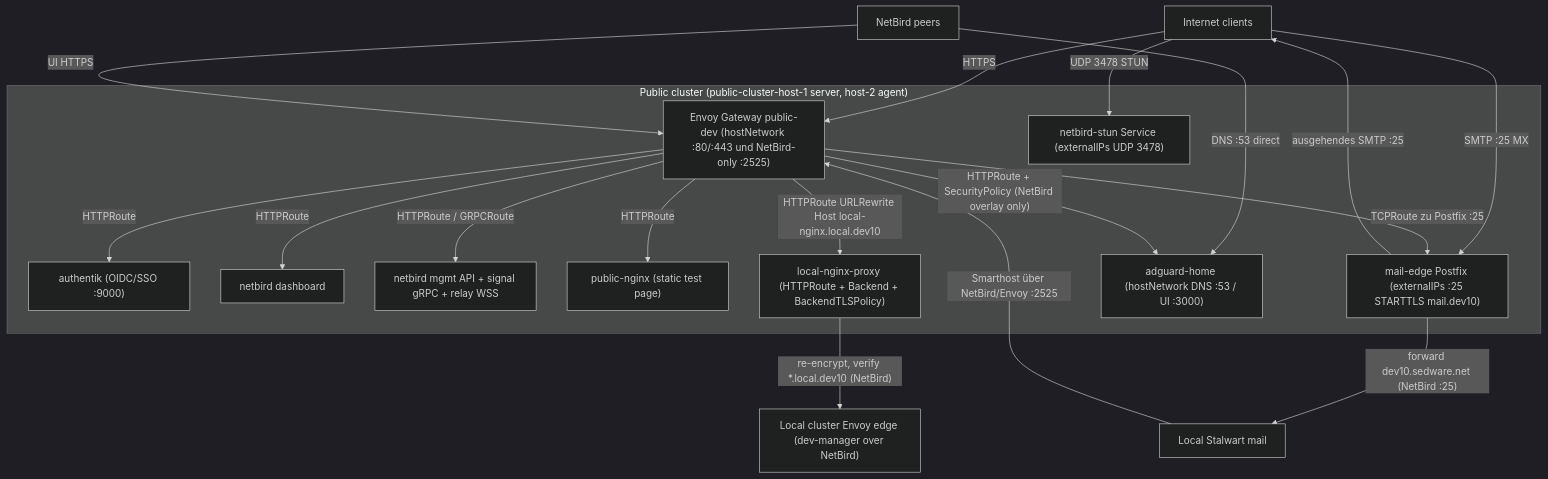
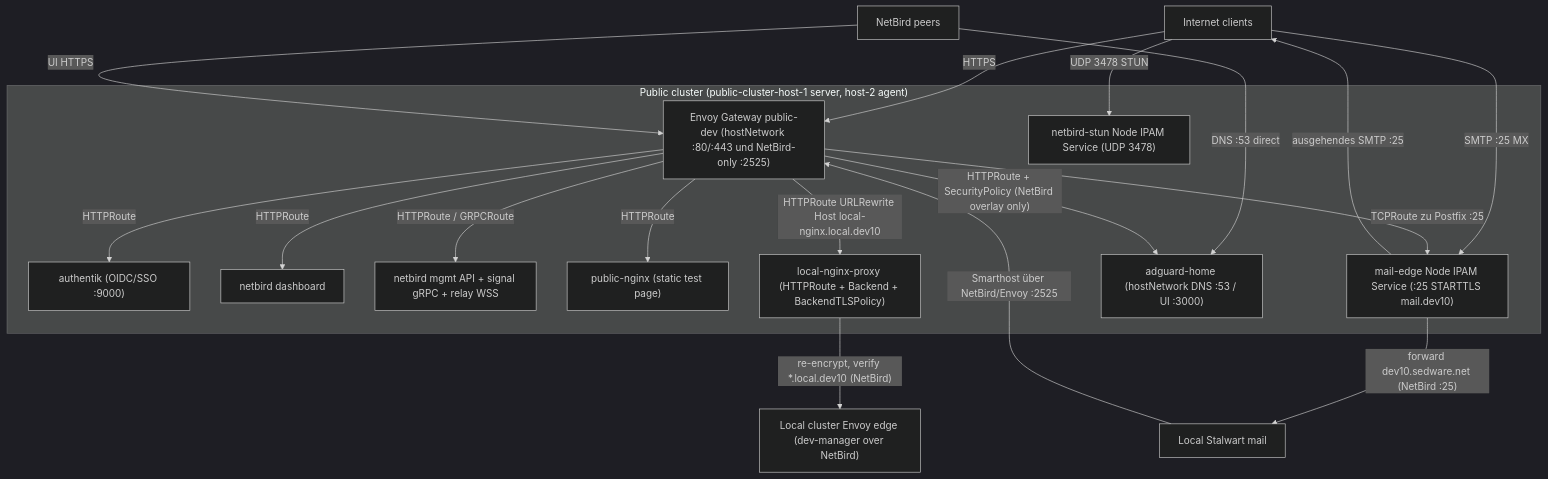
Before and after one commit to rowBeeX/public-cluster-kubernetes: the diagram in docs/architecture.md, drawn with Mermaid (dark theme). The commit also changed other lines of this file and 21 other files, not shown here.

````diff
--- a/docs/architecture.md
+++ b/docs/architecture.md
@@ -44,38 +44,38 @@
 ```mermaid
 flowchart TB
   internet["Internet clients"]
   nbpeers["NetBird peers"]
   localedge["Local cluster Envoy edge (dev-manager over NetBird)"]
   stalwart["Local Stalwart mail"]
 
   subgraph public["Public cluster (public-cluster-host-1 server, host-2 agent)"]
     envoy["Envoy Gateway public-dev (hostNetwork :80/:443 und NetBird-only :2525)"]
     authentik["authentik (OIDC/SSO :9000)"]
     nbdash["netbird dashboard"]
     nbmgmt["netbird mgmt API + signal gRPC + relay WSS"]
     pubnginx["public-nginx (static test page)"]
     lnproxy["local-nginx-proxy (HTTPRoute + Backend + BackendTLSPolicy)"]
-    stunsvc["netbird-stun Service (externalIPs UDP 3478)"]
-    mailedge["mail-edge Postfix (externalIPs :25 STARTTLS mail.dev10)"]
+    stunsvc["netbird-stun Node IPAM Service (UDP 3478)"]
+    mailedge["mail-edge Node IPAM Service (:25 STARTTLS mail.dev10)"]
     adguard["adguard-home (hostNetwork DNS :53 / UI :3000)"]
   end
 
   internet -->|HTTPS| envoy
   envoy -->|HTTPRoute| authentik
   envoy -->|HTTPRoute| nbdash
   envoy -->|HTTPRoute / GRPCRoute| nbmgmt
   envoy -->|HTTPRoute| pubnginx
   envoy -->|"HTTPRoute URLRewrite Host local-nginx.local.dev10"| lnproxy
   lnproxy -->|"re-encrypt, verify *.local.dev10 (NetBird)"| localedge
 
   internet -->|UDP 3478 STUN| stunsvc
   internet -->|SMTP :25 MX| mailedge
   mailedge -->|"forward dev10.sedware.net (NetBird :25)"| stalwart
   stalwart -->|"Smarthost über NetBird/Envoy :2525"| envoy
   envoy -->|"TCPRoute zu Postfix :25"| mailedge
   mailedge -->|"ausgehendes SMTP :25"| internet
 
   nbpeers -->|DNS :53 direct| adguard
   nbpeers -->|UI HTTPS| envoy
   envoy -->|"HTTPRoute + SecurityPolicy (NetBird overlay only)"| adguard
 ```
````
